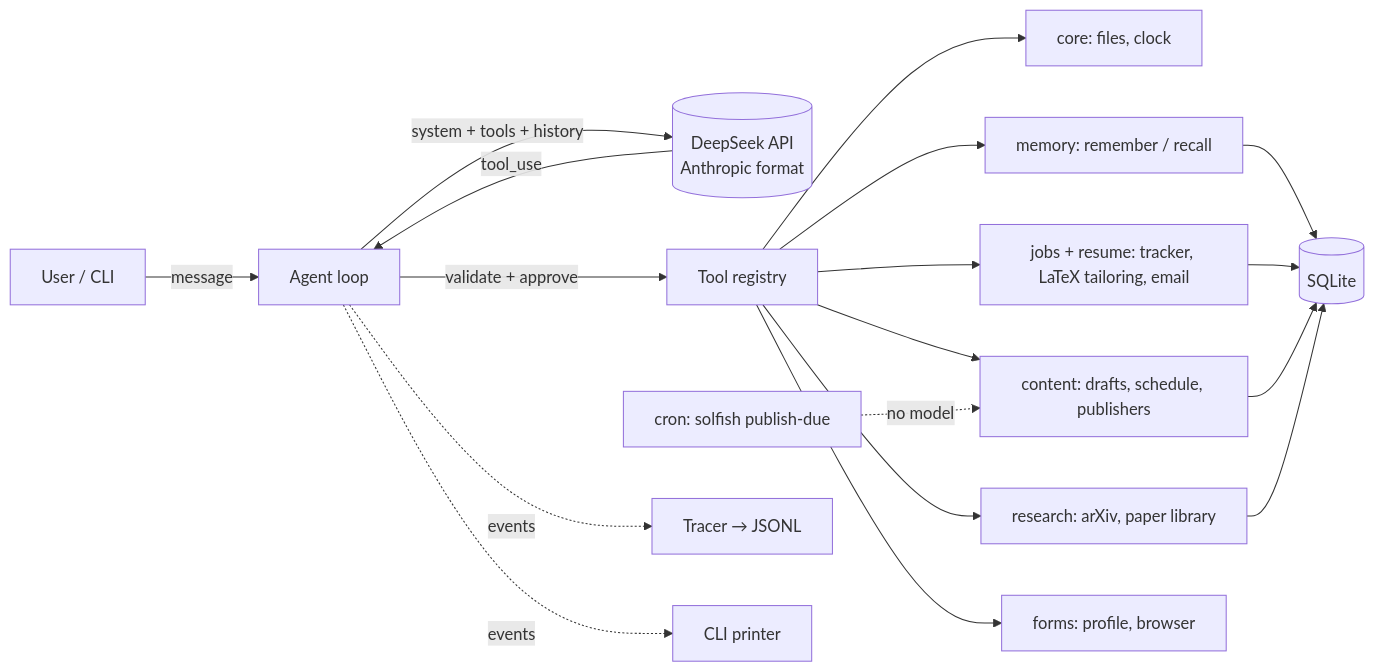
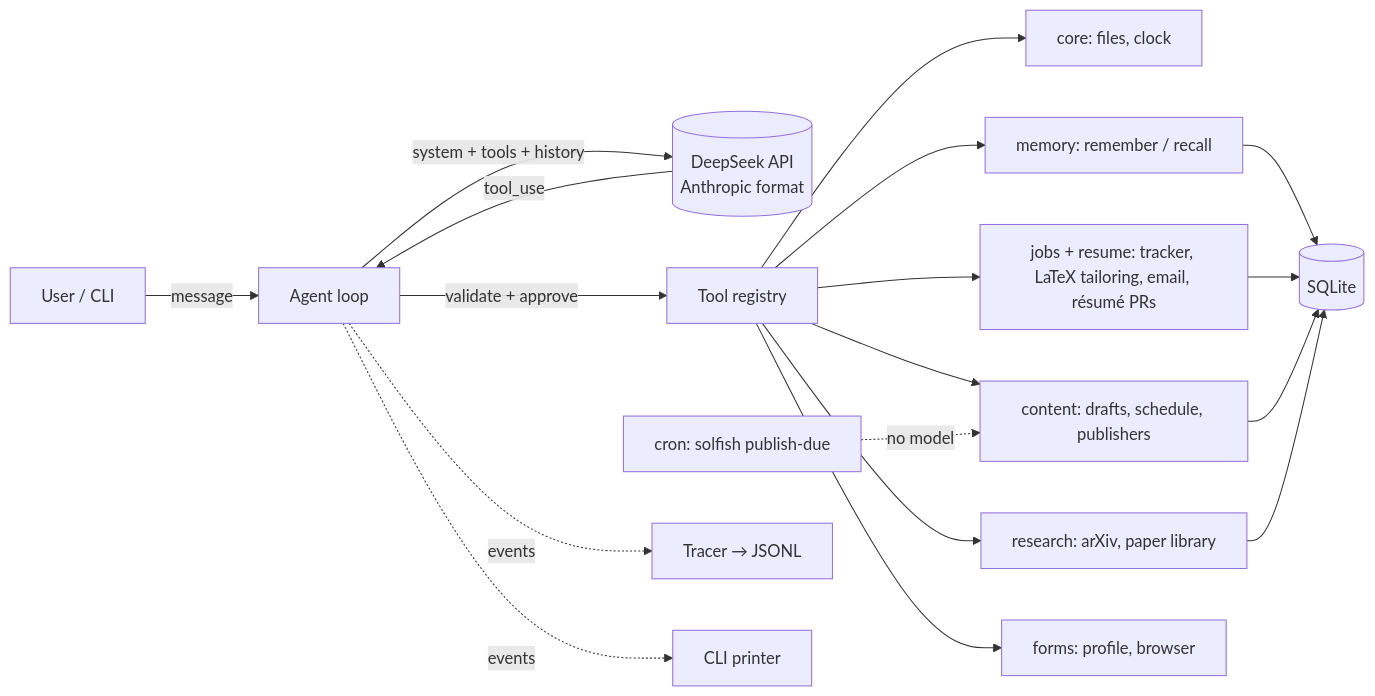
One commit to yx-yan/Solfish changed the diagram in README.md. Above: the diagram before and after it, drawn with Mermaid. The commit also changed other lines of this file and 7 other files, not shown here.

````diff
--- a/README.md
+++ b/README.md
@@ -37,17 +37,17 @@
 ```mermaid
 flowchart LR
     U[User / CLI] -->|message| L[Agent loop]
     L -->|system + tools + history| M[(DeepSeek API<br/>Anthropic format)]
     M -->|tool_use| L
     L -->|validate + approve| R[Tool registry]
     R --> S1[core: files, clock]
     R --> S2[memory: remember / recall]
-    R --> S3[jobs + resume: tracker, LaTeX tailoring, email]
+    R --> S3[jobs + resume: tracker, LaTeX tailoring, email, résumé PRs]
     R --> S4[content: drafts, schedule, publishers]
     R --> S5[research: arXiv, paper library]
     R --> S6[forms: profile, browser]
     S2 & S3 & S4 & S5 --> DB[(SQLite)]
     C[cron: solfish publish-due] -.no model.-> S4
     L -.events.-> T[Tracer → JSONL]
     L -.events.-> P[CLI printer]
 ```
````
